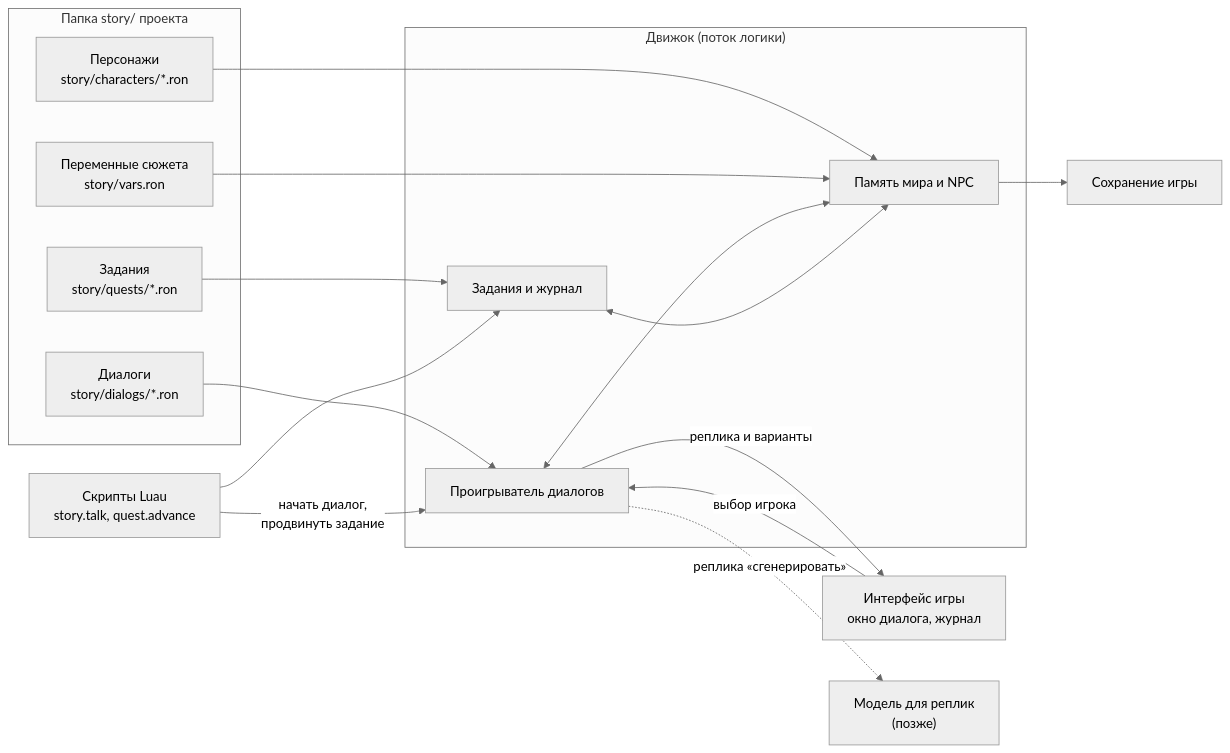
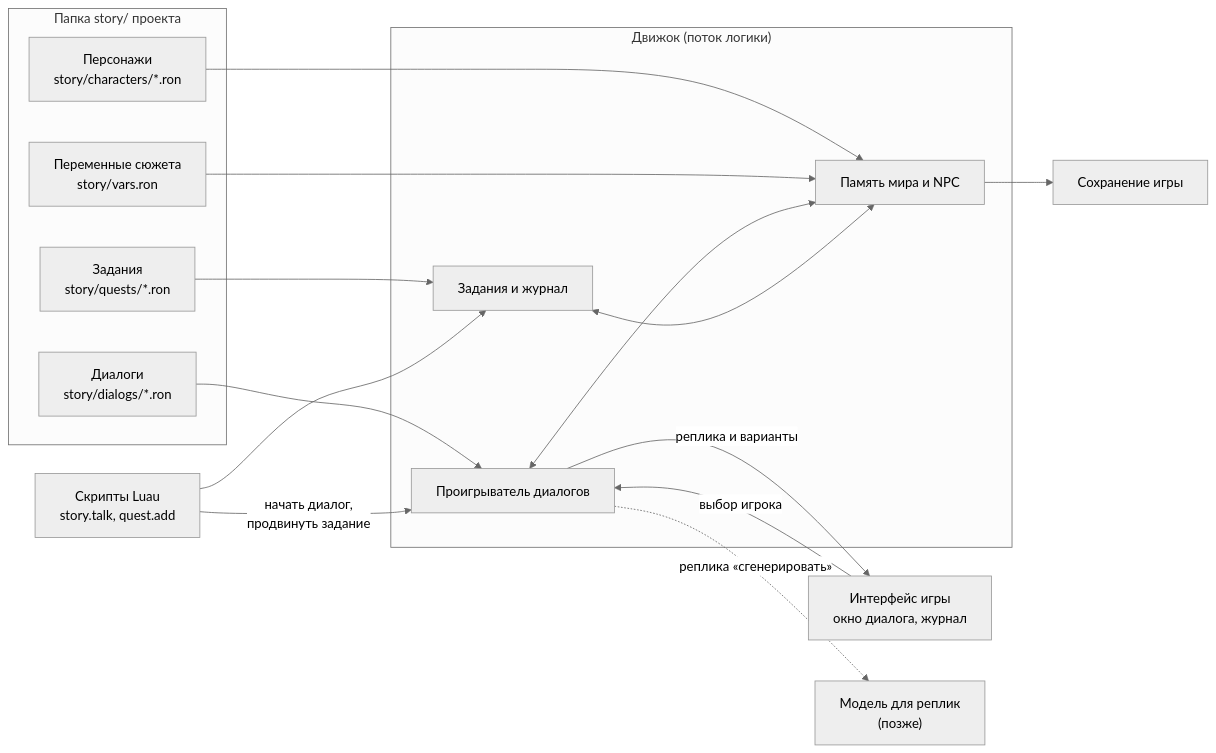
Before and after one commit to Taimurodo-RT/ReyVec_engine: the first of 3 diagrams in docs/story.md, drawn with Mermaid (neutral theme). The commit also changed other lines of this file and 13 other files, not shown here.

````diff
--- a/docs/story.md
+++ b/docs/story.md
@@ -25,31 +25,31 @@
 ```mermaid
 flowchart LR
     subgraph files["Папка story/ проекта"]
         chars["Персонажи<br/>story/characters/*.ron"]
         dlg["Диалоги<br/>story/dialogs/*.ron"]
         quests["Задания<br/>story/quests/*.ron"]
         vars["Переменные сюжета<br/>story/vars.ron"]
     end
     subgraph engine["Движок (поток логики)"]
         runner["Проигрыватель диалогов"]
         journal["Задания и журнал"]
         memory["Память мира и NPC"]
     end
-    luau["Скрипты Luau<br/>story.talk, quest.advance"]
+    luau["Скрипты Luau<br/>story.talk, quest.add"]
     ui["Интерфейс игры<br/>окно диалога, журнал"]
     save["Сохранение игры"]
     model["Модель для реплик<br/>(позже)"]
 
     chars --> memory
     vars --> memory
     dlg --> runner
     quests --> journal
     luau -- "начать диалог,<br/>продвинуть задание" --> runner
     luau --> journal
     runner <--> memory
     journal <--> memory
     runner -- "реплика и варианты" --> ui
     ui -- "выбор игрока" --> runner
     memory --> save
     runner -. "реплика «сгенерировать»" .-> model
 ```
````
